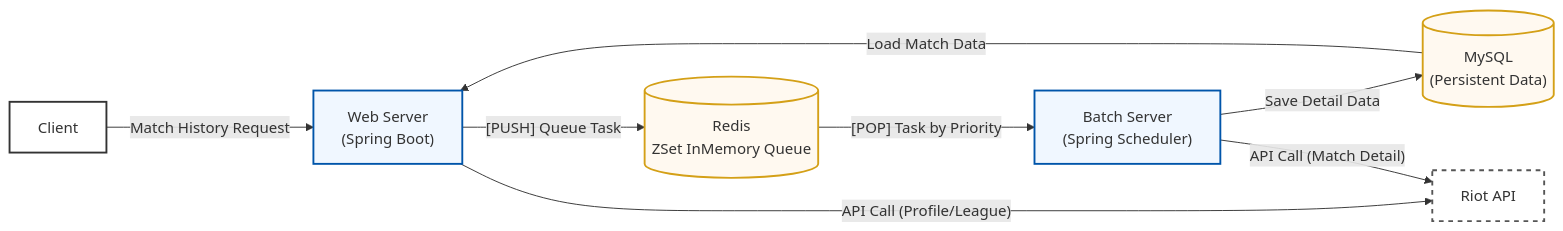
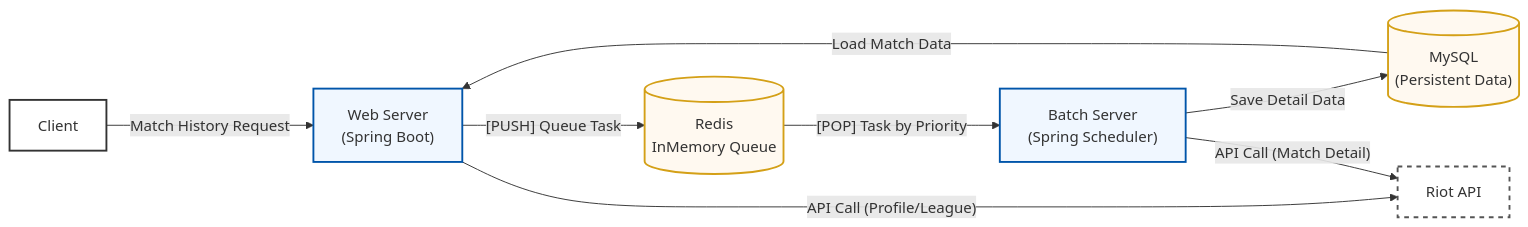
One commit to umsun1/TFT changed the diagram in README.md. Above: the diagram before and after it, drawn with Mermaid. The commit also changed other lines of this file and 3 other files, not shown here.

````diff
--- a/README.md
+++ b/README.md
@@ -66,31 +66,31 @@
 ```mermaid
 graph LR
     %% 스타일 정의
     classDef client fill:#fff,stroke:#333,stroke-width:2px;
     classDef server fill:#f0f7ff,stroke:#0055aa,stroke-width:2px;
     classDef db fill:#fff9f0,stroke:#d4a017,stroke-width:2px;
     classDef external fill:#fff,stroke:#555,stroke-width:2px,stroke-dasharray: 5 5;
 
     %% 노드 설정 
     Client[Client]:::client
     Web["Web Server<br/>(Spring Boot)"]:::server
-    Redis[("Redis<br/>ZSet InMemory Queue")]:::db
+    Redis[("Redis<br/>InMemory Queue")]:::db
     MySQL[("MySQL<br/>(Persistent Data)")]:::db
     Batch["Batch Server<br/>(Spring Scheduler)"]:::server
     Riot["Riot API"]:::external
 
     %% 1. 사용자 요청 흐름 
     Client -- "Match History Request" --> Web
 
     %% 2. Web Server 데이터 흐름 
     Web -- "[PUSH] Queue Task" --> Redis
     MySQL -- "Load Match Data" --> Web
 
     %% 3. Batch Server 데이터 흐름 
     Redis -- "[POP] Task by Priority" --> Batch
     Batch -- "Save Detail Data" --> MySQL
 
     %% 4. 외부 API 호출 구조 
     Web -- "API Call (Profile/League)" --> Riot
     Batch -- "API Call (Match Detail)" --> Riot
 ```
````
